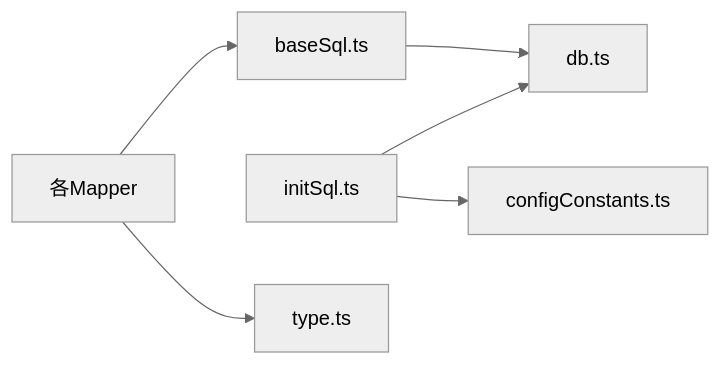
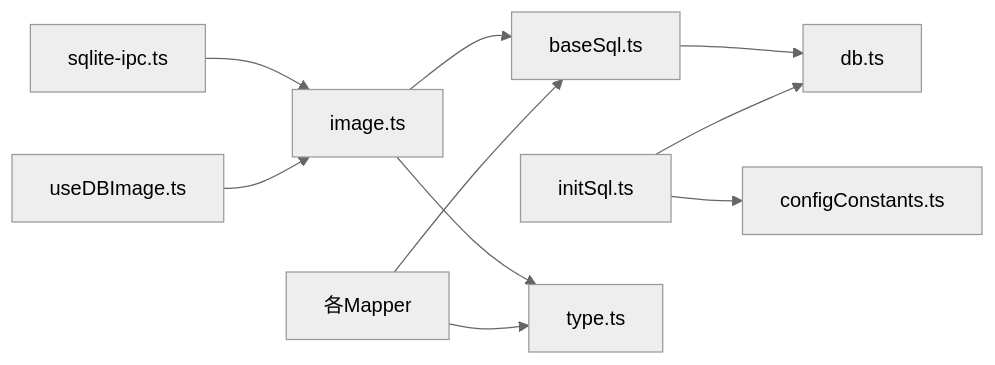
Before and after one commit to scgithub3220216/password-manager: the sixth of 6 diagrams in .qoder/repowiki/zh/content/架构设计/数据库层架构/数据库层架构.md, drawn with Mermaid (neutral theme). The commit also changed other lines of this file and 9 other files, not shown here.

First line of the commit message:
feat(sync): 新增图像数据同步支持

````diff
--- a/.qoder/repowiki/zh/content/架构设计/数据库层架构/数据库层架构.md
+++ b/.qoder/repowiki/zh/content/架构设计/数据库层架构/数据库层架构.md
@@ -412,8 +527,12 @@
 ```mermaid
 graph LR
 Init["initSql.ts"] --> DB["db.ts"]
 Init --> Cfg["configConstants.ts"]
 Base["baseSql.ts"] --> DB
 Mappers["各Mapper"] --> Base
 Mappers --> Types["type.ts"]
+ImageMapper["image.ts"] --> Base
+ImageMapper --> Types
+Frontend["useDBImage.ts"] --> ImageMapper
+IPC["sqlite-ipc.ts"] --> ImageMapper
 ```
````
